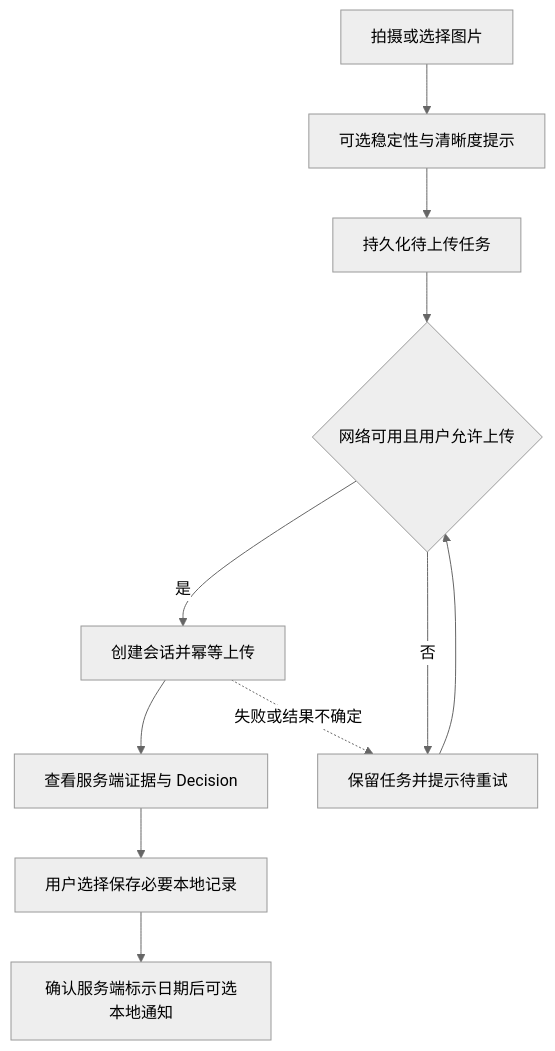
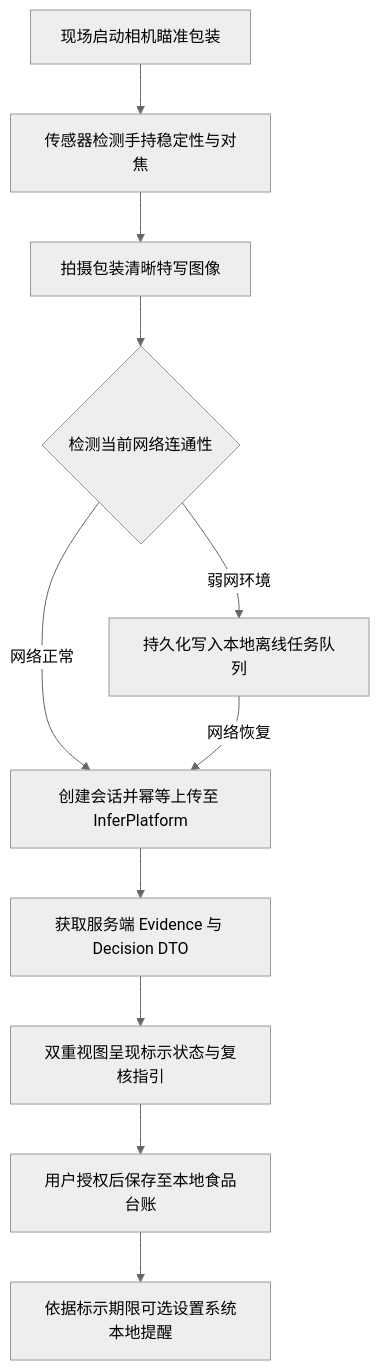
Before and after one commit to QingMouFoodDate/MobileClient: the diagram in README.md, drawn with Mermaid (neutral theme). The commit also changed other lines of this file, not shown here.

````diff
--- a/README.md
+++ b/README.md
@@ -21,13 +38,13 @@
 ```mermaid
 flowchart TD
-    A[拍摄或选择图片] --> B[可选稳定性与清晰度提示]
-    B --> C[持久化待上传任务]
-    C --> D{网络可用且用户允许上传}
-    D -->|是| E[创建会话并幂等上传]
-    D -->|否| F[保留任务并提示待重试]
-    F --> D
-    E --> G[查看服务端证据与 Decision]
-    E -.失败或结果不确定.-> F
-    G --> H[用户选择保存必要本地记录]
-    H --> I[确认服务端标示日期后可选本地通知]
+    A["现场启动相机瞄准包装"] --> B["传感器检测手持稳定性与对焦"]
+    B --> C["拍摄包装清晰特写图像"]
+    C --> D{"检测当前网络连通性"}
+    D -->|网络正常| E["创建会话并幂等上传至 InferPlatform"]
+    D -->|弱网环境| F["持久化写入本地离线任务队列"]
+    F -->|网络恢复| E
+    E --> G["获取服务端 Evidence 与 Decision DTO"]
+    G --> H["双重视图呈现标示状态与复核指引"]
+    H --> I["用户授权后保存至本地食品台账"]
+    I --> J["依据标示期限可选设置系统本地提醒"]
 ```
````
